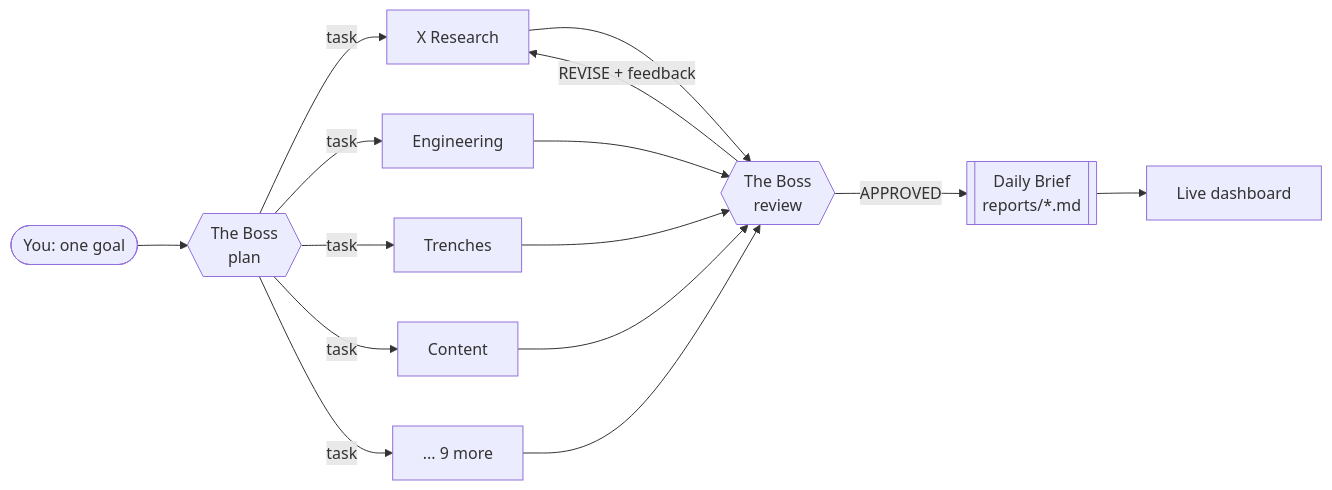
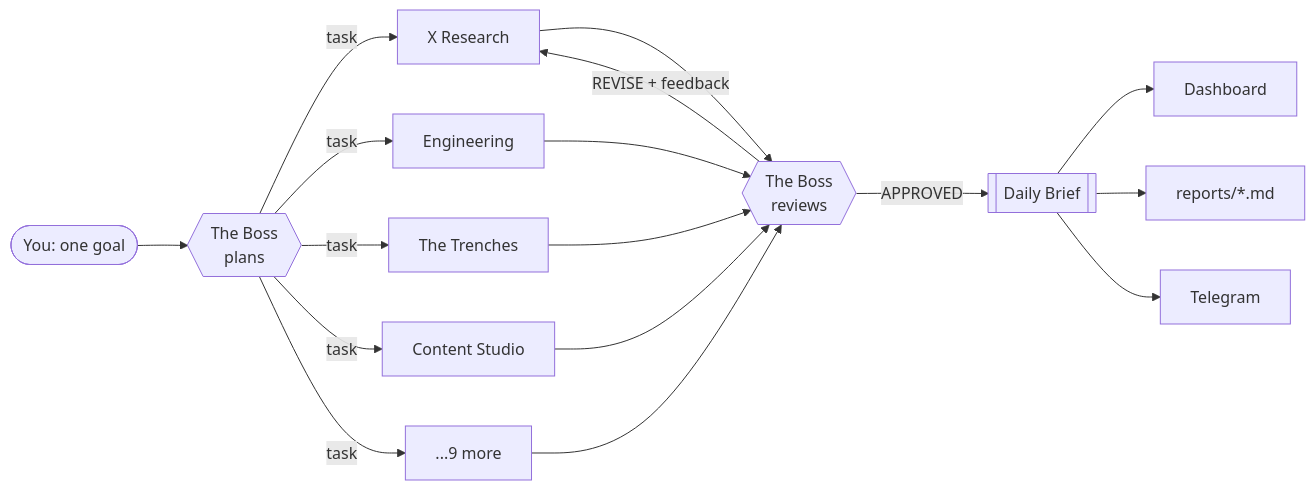
One commit to MyWestLord/grokky-office changed the diagram in README.md. Above: the diagram before and after it, drawn with Mermaid. The commit also changed other lines of this file and 21 other files, not shown here.

First line of the commit message:
Visual README, roadmap, squads and Telegram delivery

````diff
--- a/README.md
+++ b/README.md
@@ -99,13 +92,15 @@
 ```mermaid
 flowchart LR
-    U([You: one goal]) --> B{{The Boss<br/>plan}}
+    U([You: one goal]) --> B{{The Boss<br/>plans}}
     B -->|task| X[X Research]
     B -->|task| E[Engineering]
-    B -->|task| T[Trenches]
-    B -->|task| C[Content]
-    B -->|task| M[... 9 more]
-    X & E & T & C & M --> R{{The Boss<br/>review}}
+    B -->|task| T[The Trenches]
+    B -->|task| C[Content Studio]
+    B -->|task| M[...9 more]
+    X & E & T & C & M --> R{{The Boss<br/>reviews}}
     R -->|REVISE + feedback| X
-    R -->|APPROVED| D[[Daily Brief<br/>reports/*.md]]
-    D --> UI[Live dashboard]
+    R -->|APPROVED| D[[Daily Brief]]
+    D --> UI[Dashboard]
+    D --> F[reports/*.md]
+    D --> TG[Telegram]
 ```
````
